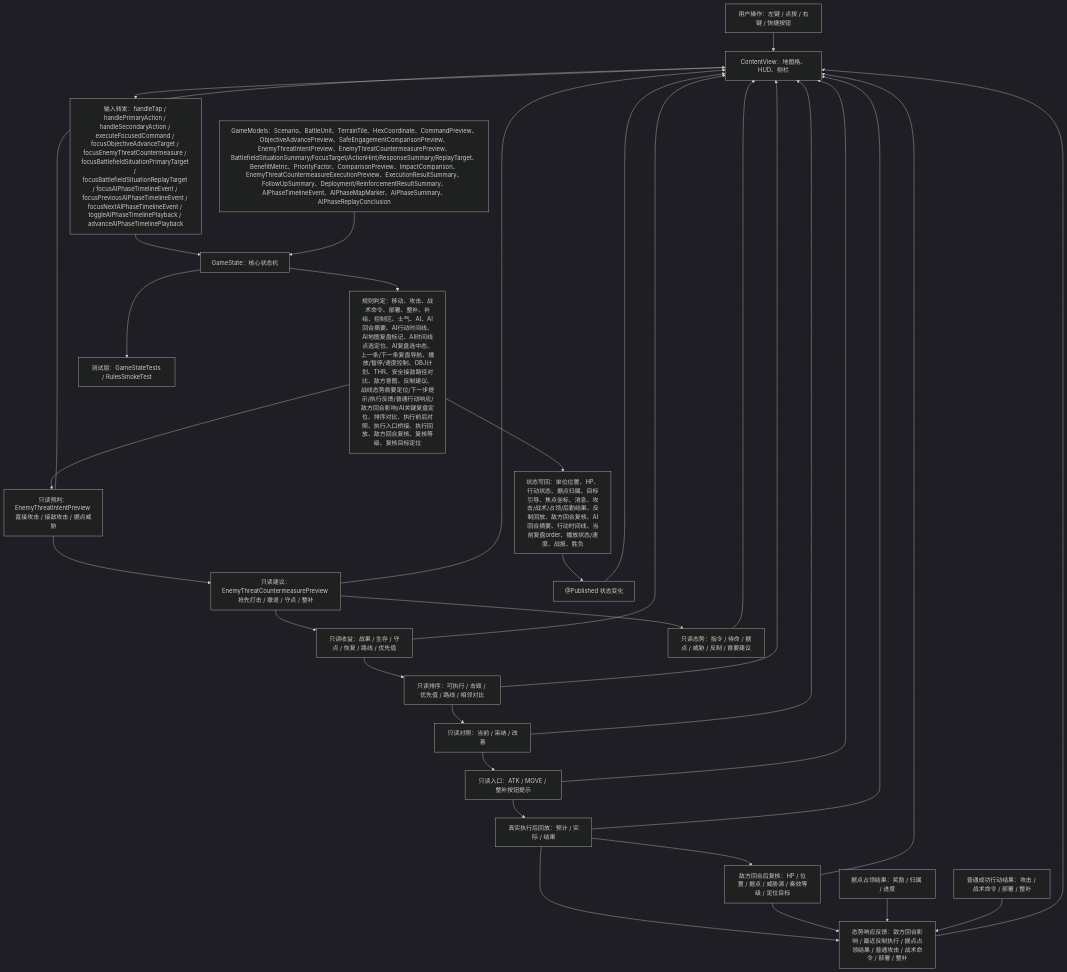
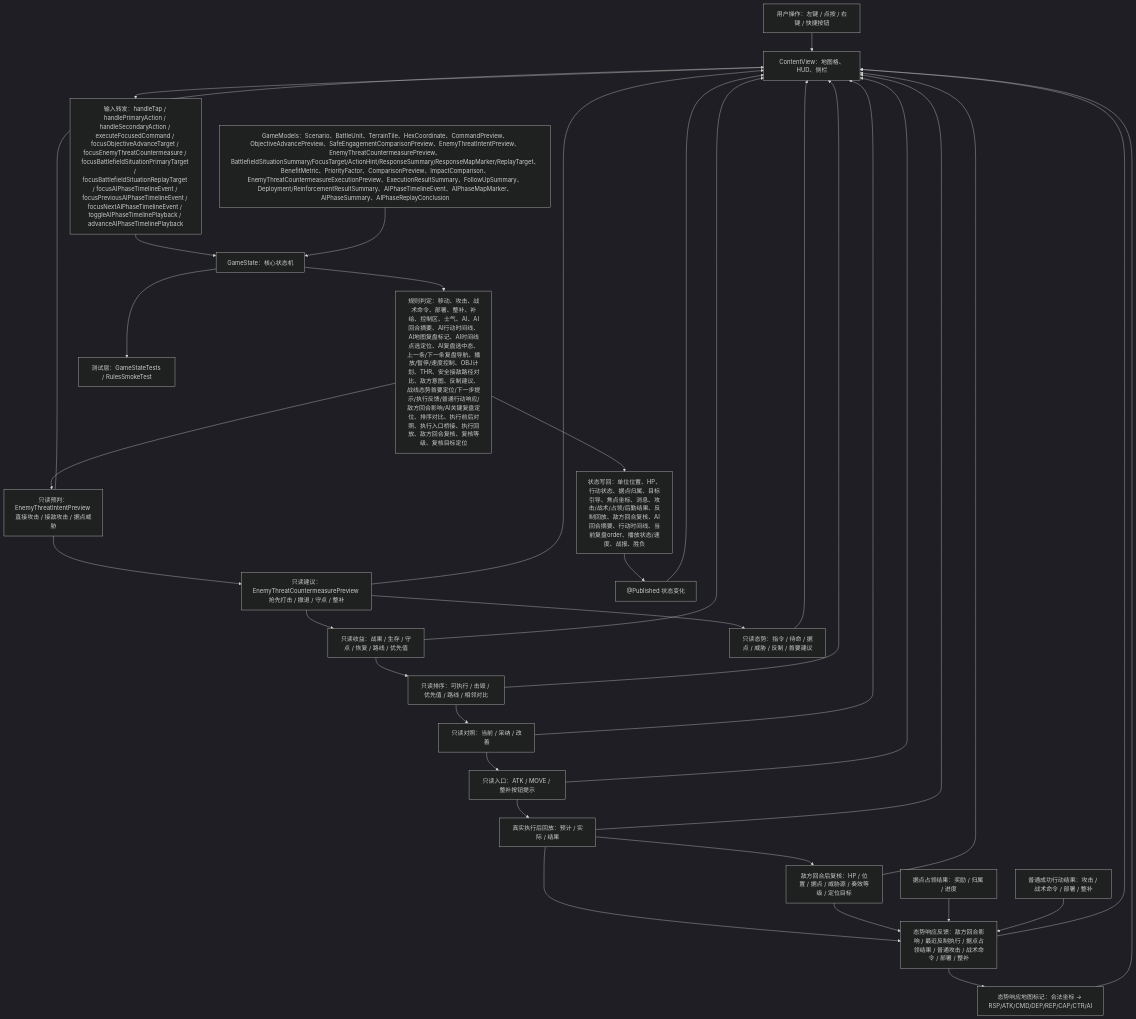
Before and after one commit to Altman-sam114/116: the first of 5 diagrams in md/flow/flowchart.md, drawn with Mermaid (dark theme). The commit also changed other lines of this file and 11 other files, not shown here.

Commit message:
v1.40: 增加态势响应地图标记

````diff
--- a/md/flow/flowchart.md
+++ b/md/flow/flowchart.md
@@ -9,35 +9,37 @@
 ```mermaid
 flowchart TD
   U["用户操作：左键 / 点按 / 右键 / 快捷按钮"] --> V["ContentView：地图格、HUD、侧栏"]
   V --> I["输入转发：handleTap / handlePrimaryAction / handleSecondaryAction / executeFocusedCommand / focusObjectiveAdvanceTarget / focusEnemyThreatCountermeasure / focusBattlefieldSituationPrimaryTarget / focusBattlefieldSituationReplayTarget / focusAIPhaseTimelineEvent / focusPreviousAIPhaseTimelineEvent / focusNextAIPhaseTimelineEvent / toggleAIPhaseTimelinePlayback / advanceAIPhaseTimelinePlayback"]
   I --> S["GameState：核心状态机"]
-  M["GameModels：Scenario、BattleUnit、TerrainTile、HexCoordinate、CommandPreview、ObjectiveAdvancePreview、SafeEngagementComparisonPreview、EnemyThreatIntentPreview、EnemyThreatCountermeasurePreview、BattlefieldSituationSummary/FocusTarget/ActionHint/ResponseSummary/ReplayTarget、BenefitMetric、PriorityFactor、ComparisonPreview、ImpactComparison、EnemyThreatCountermeasureExecutionPreview、ExecutionResultSummary、FollowUpSummary、Deployment/ReinforcementResultSummary、AIPhaseTimelineEvent、AIPhaseMapMarker、AIPhaseSummary、AIPhaseReplayConclusion"] --> S
+  M["GameModels：Scenario、BattleUnit、TerrainTile、HexCoordinate、CommandPreview、ObjectiveAdvancePreview、SafeEngagementComparisonPreview、EnemyThreatIntentPreview、EnemyThreatCountermeasurePreview、BattlefieldSituationSummary/FocusTarget/ActionHint/ResponseSummary/ResponseMapMarker/ReplayTarget、BenefitMetric、PriorityFactor、ComparisonPreview、ImpactComparison、EnemyThreatCountermeasureExecutionPreview、ExecutionResultSummary、FollowUpSummary、Deployment/ReinforcementResultSummary、AIPhaseTimelineEvent、AIPhaseMapMarker、AIPhaseSummary、AIPhaseReplayConclusion"] --> S
   S --> R["规则判定：移动、攻击、战术命令、部署、整补、补给、控制区、士气、AI、AI回合摘要、AI行动时间线、AI地图复盘标记、AI时间线点选定位、AI复盘选中态、上一条/下一条复盘导航、播放/暂停/速度控制、OBJ计划、THR、安全接敌路径对比、敌方意图、反制建议、战线态势首要定位/下一步提示/执行反馈/普通行动响应/敌方回合影响/AI关键复盘定位、排序对比、执行前后对照、执行入口桥接、执行回放、敌方回合复核、复核等级、复核目标定位"]
   R --> W["状态写回：单位位置、HP、行动状态、据点归属、目标引导、焦点坐标、消息、攻击/战术/占领/后勤结果、反制回放、敌方回合复核、AI回合摘要、行动时间线、当前复盘order、播放状态/速度、战报、胜负"]
   R --> EI["只读预判：EnemyThreatIntentPreview 直接攻击 / 接敌攻击 / 据点威胁"]
   EI --> EC["只读建议：EnemyThreatCountermeasurePreview 抢先打击 / 撤退 / 守点 / 整补"]
   EC --> BM["只读收益：战果 / 生存 / 守点 / 恢复 / 路线 / 优先值"]
   BM --> PC["只读排序：可执行 / 击毁 / 优先值 / 路线 / 相邻对比"]
   PC --> IP["只读对照：当前 / 采纳 / 改善"]
   IP --> EB["只读入口：ATK / MOVE / 整补按钮提示"]
   EC --> BS["只读态势：指令 / 待命 / 据点 / 威胁 / 反制 / 首要建议"]
   EB --> XR["真实执行后回放：预计 / 实际 / 结果"]
   XR --> BR["态势响应反馈：敌方回合影响 / 最近反制执行 / 据点占领结果 / 普通攻击 / 战术命令 / 部署 / 整补"]
   XR --> FV["敌方回合后复核：HP / 位置 / 据点 / 威胁源 / 奏效等级 / 定位目标"]
   FV --> BR
   CAP["据点占领结果：奖励 / 归属 / 进度"] --> BR
   ORD["普通成功行动结果：攻击 / 战术命令 / 部署 / 整补"] --> BR
+  BR --> BRM["态势响应地图标记：合法坐标 -> RSP/ATK/CMD/DEP/REP/CAP/CTR/AI"]
   W --> P["@Published 状态变化"]
   P --> V
   EI --> V
   EC --> V
   BS --> V
   BR --> V
+  BRM --> V
   BM --> V
   PC --> V
   IP --> V
   EB --> V
   XR --> V
   FV --> V
   S --> T["测试层：GameStateTests / RulesSmokeTest"]
 ```
````
